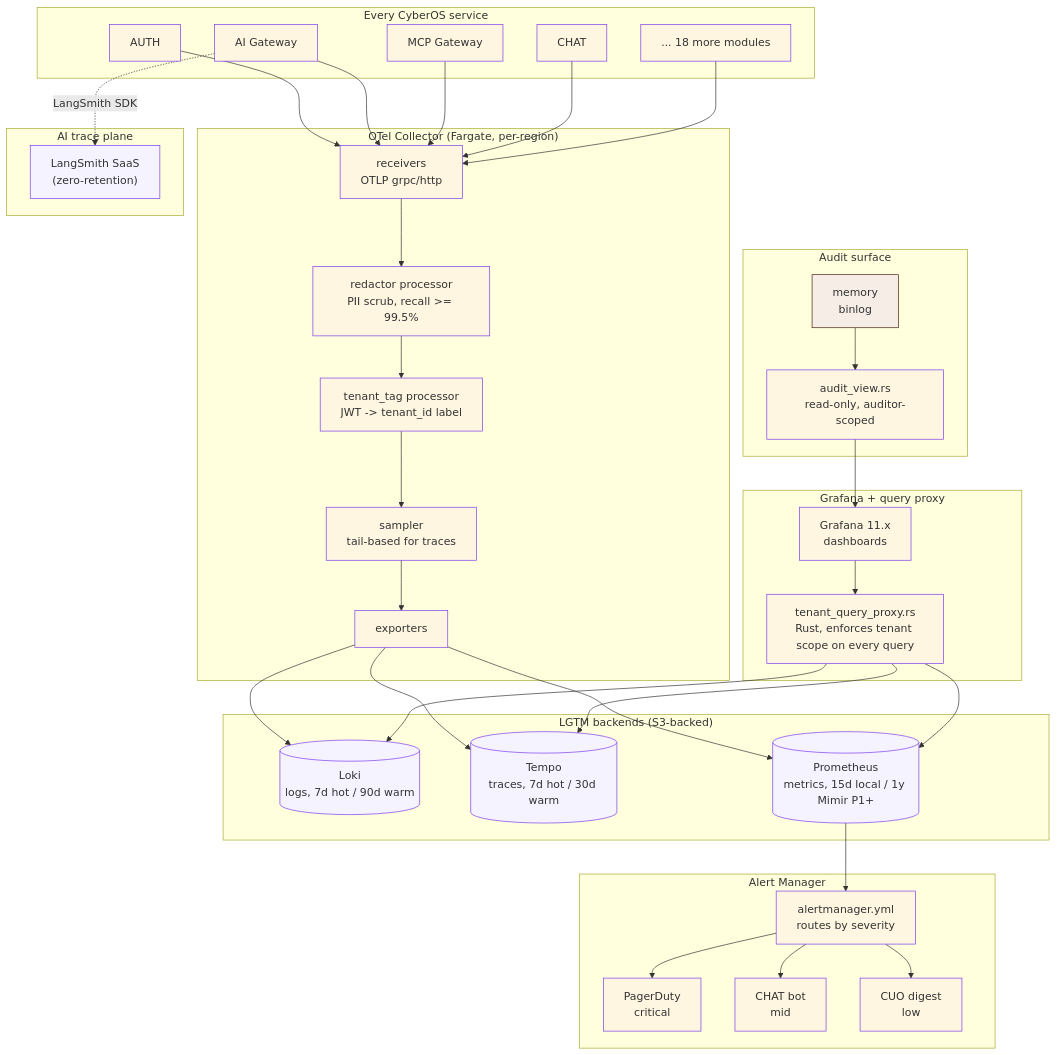
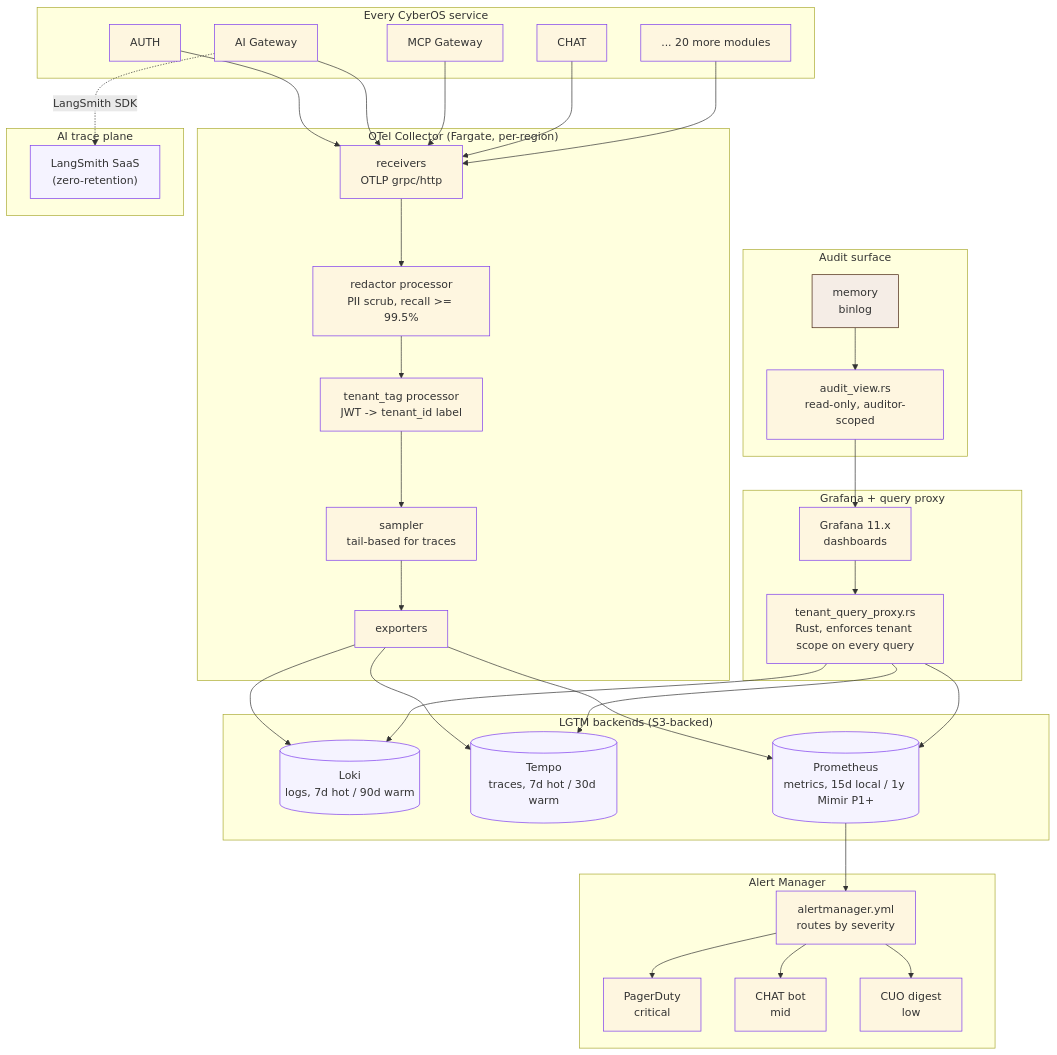
Before and after one commit to cyberskill-official/cyberos: the third of 11 diagrams in services/obs-collector/docs/index.md, drawn with Mermaid. The commit also changed other lines of this file and 20 other files, not shown here.

````diff
--- a/services/obs-collector/docs/index.md
+++ b/services/obs-collector/docs/index.md
@@ -292,70 +292,70 @@
 ```mermaid
 graph TB
   subgraph SERVICES ["Every CyberOS service"]
     SVC1["AUTH"]
     SVC2["AI Gateway"]
     SVC3["MCP Gateway"]
     SVC4["CHAT"]
-    SVCN["... 18 more modules"]
+    SVCN["... 20 more modules"]
   end
   subgraph COLLECTOR ["OTel Collector (Fargate, per-region)"]
     REC["receivers<br/>OTLP grpc/http"]
     RED["redactor processor<br/>PII scrub, recall >= 99.5%"]
     TAG["tenant_tag processor<br/>JWT -> tenant_id label"]
     SAMP["sampler<br/>tail-based for traces"]
     EXP["exporters"]
   end
   subgraph LGTM ["LGTM backends (S3-backed)"]
     LOKI[("Loki<br/>logs, 7d hot / 90d warm")]
     TEMPO[("Tempo<br/>traces, 7d hot / 30d warm")]
     PROM[("Prometheus<br/>metrics, 15d local / 1y Mimir P1+")]
   end
   subgraph DASH ["Grafana + query proxy"]
     QP["tenant_query_proxy.rs<br/>Rust, enforces tenant scope on every query"]
     GRAF["Grafana 11.x<br/>dashboards"]
   end
   subgraph ALERT ["Alert Manager"]
     AM["alertmanager.yml<br/>routes by severity"]
     PD["PagerDuty<br/>critical"]
     CHAT["CHAT bot<br/>mid"]
     DIG["CUO digest<br/>low"]
   end
   subgraph AI ["AI trace plane"]
     LANG["LangSmith SaaS<br/>(zero-retention)"]
   end
   subgraph AUDIT ["Audit surface"]
     BR["memory<br/>binlog"]
     AS["audit_view.rs<br/>read-only, auditor-scoped"]
   end
   SVC1 --> REC
   SVC2 --> REC
   SVC3 --> REC
   SVC4 --> REC
   SVCN --> REC
   REC --> RED
   RED --> TAG
   TAG --> SAMP
   SAMP --> EXP
   EXP --> LOKI
   EXP --> TEMPO
   EXP --> PROM
   PROM --> AM
   AM --> PD
   AM --> CHAT
   AM --> DIG
   GRAF --> QP
   QP --> LOKI
   QP --> TEMPO
   QP --> PROM
   SVC2 -. LangSmith SDK .-> LANG
   BR --> AS
   AS --> GRAF
   classDef shipped fill:#f5ede6,stroke:#45210e
   classDef planned fill:#fef6e0,stroke:#7c3aed
   classDef store fill:#f5f3ff,stroke:#7c3aed
   class BR shipped
   class REC,RED,TAG,SAMP,EXP,QP,GRAF,AM,AS planned
   class LOKI,TEMPO,PROM,LANG store
   class PD,CHAT,DIG planned
   class SVC1,SVC2,SVC3,SVC4,SVCN planned
 ```
````
